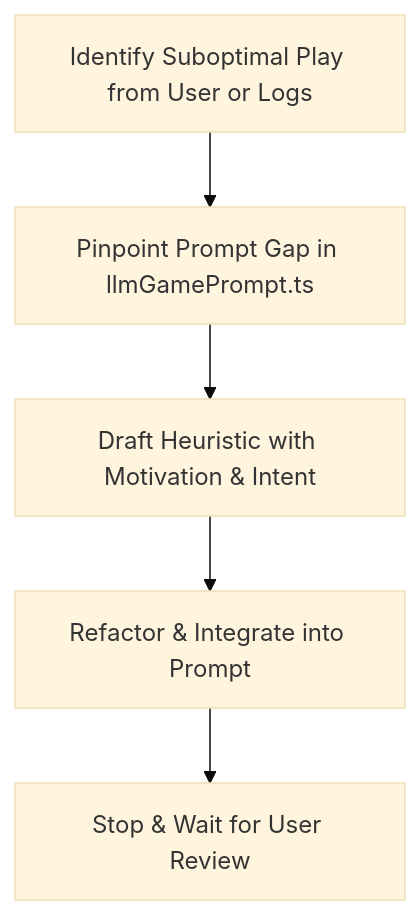
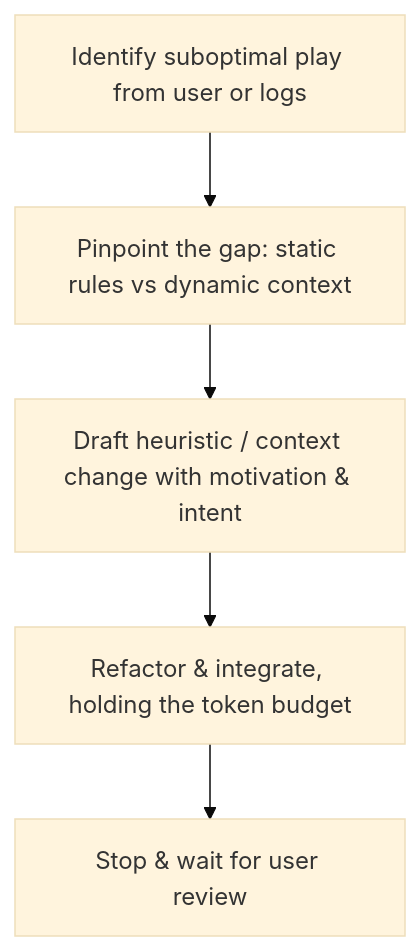
Before and after one commit to ejfn/Tractor: the diagram in .agents/skills/prompt-refinement/SKILL.md, drawn with Mermaid (base theme). The commit also changed other lines of this file and 6 other files, not shown here.

First line of the commit message:
Rewrite LLM trick-play prompts for fast small models (#409)

````diff
--- a/.agents/skills/prompt-refinement/SKILL.md
+++ b/.agents/skills/prompt-refinement/SKILL.md
@@ -45,7 +53,7 @@
 ```mermaid
 graph TD
-    A[Identify Suboptimal Play from User or Logs] --> B[Pinpoint Prompt Gap in llmGamePrompt.ts]
-    B --> C[Draft Heuristic with Motivation & Intent]
-    C --> D[Refactor & Integrate into Prompt]
-    D --> E[Stop & Wait for User Review]
+    A[Identify suboptimal play from user or logs] --> B[Pinpoint the gap: static rules vs dynamic context]
+    B --> C[Draft heuristic / context change with motivation & intent]
+    C --> D[Refactor & integrate, holding the token budget]
+    D --> E[Stop & wait for user review]
 ```
````
